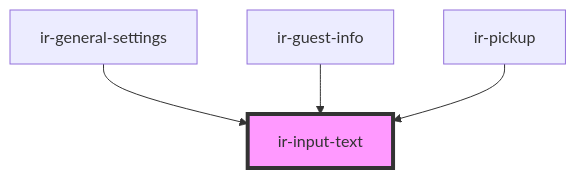
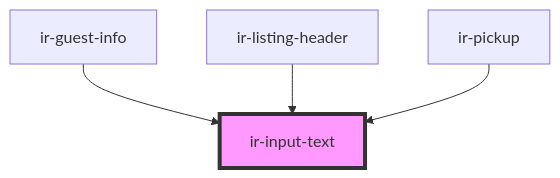
One commit to David1Chowaifaty/modified-ir-webcmp changed the diagram in src/components/ir-input-text/readme.md. Above: the diagram before and after it, drawn with Mermaid. The commit also changed other lines of this file and 47 other files, not shown here.

````diff
--- a/src/components/ir-input-text/readme.md
+++ b/src/components/ir-input-text/readme.md
@@ -48,7 +51,7 @@
 ```mermaid
 graph TD;
-  ir-general-settings --> ir-input-text
   ir-guest-info --> ir-input-text
+  ir-listing-header --> ir-input-text
   ir-pickup --> ir-input-text
   style ir-input-text fill:#f9f,stroke:#333,stroke-width:4px
 ```
````
